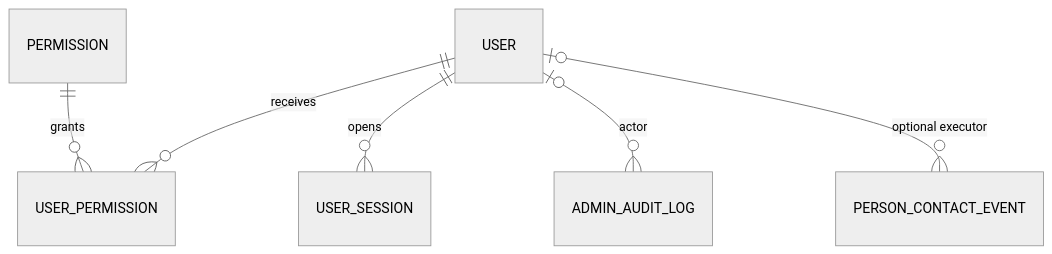
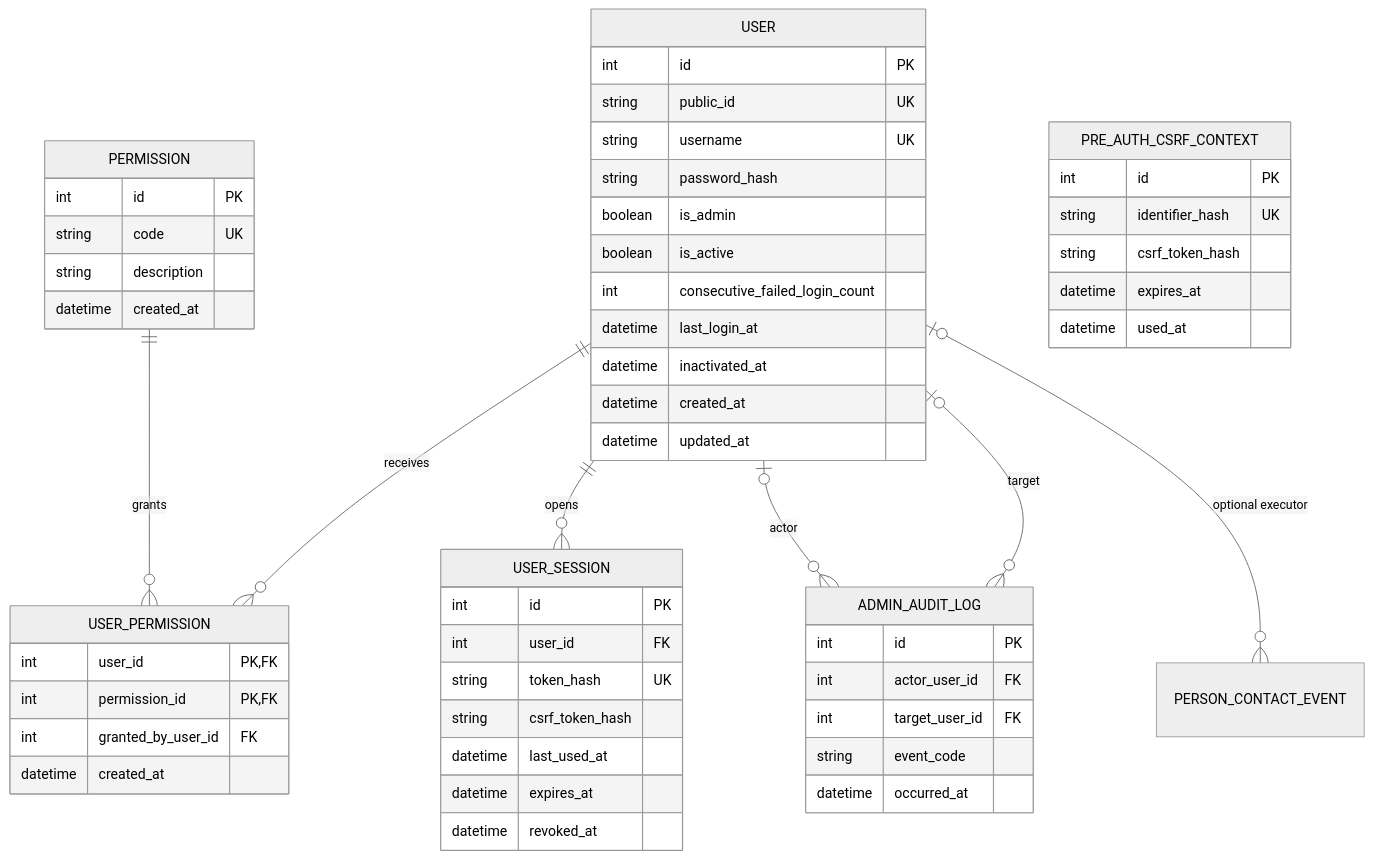
One commit to Noteduke/SistemaGestorOS changed the second of 2 diagrams in docs/modelagem/Diagrama-Entidades.md. Above: the diagram before and after it, drawn with Mermaid (neutral theme). The commit also changed other lines of this file and 12 other files, not shown here.

````diff
--- a/docs/modelagem/Diagrama-Entidades.md
+++ b/docs/modelagem/Diagrama-Entidades.md
@@ -115,8 +116,58 @@
 ```mermaid
 erDiagram
   USER ||--o{ USER_PERMISSION : receives
   PERMISSION ||--o{ USER_PERMISSION : grants
   USER ||--o{ USER_SESSION : opens
   USER o|--o{ ADMIN_AUDIT_LOG : actor
+  USER o|--o{ ADMIN_AUDIT_LOG : target
   USER o|--o{ PERSON_CONTACT_EVENT : "optional executor"
+
+  USER {
+    int id PK
+    string public_id UK
+    string username UK
+    string password_hash
+    boolean is_admin
+    boolean is_active
+    int consecutive_failed_login_count
+    datetime last_login_at
+    datetime inactivated_at
+    datetime created_at
+    datetime updated_at
+  }
+  PERMISSION {
+    int id PK
+    string code UK
+    string description
+    datetime created_at
+  }
+  USER_PERMISSION {
+    int user_id PK,FK
+    int permission_id PK,FK
+    int granted_by_user_id FK
+    datetime created_at
+  }
+  USER_SESSION {
+    int id PK
+    int user_id FK
+    string token_hash UK
+    string csrf_token_hash
+    datetime last_used_at
+    datetime expires_at
+    datetime revoked_at
+  }
+  PRE_AUTH_CSRF_CONTEXT {
+    int id PK
+    string identifier_hash UK
+    string csrf_token_hash
+    datetime expires_at
+    datetime used_at
+  }
+  ADMIN_AUDIT_LOG {
+    int id PK
+    int actor_user_id FK
+    int target_user_id FK
+    string event_code
+    datetime occurred_at
+  }
 ```
````
